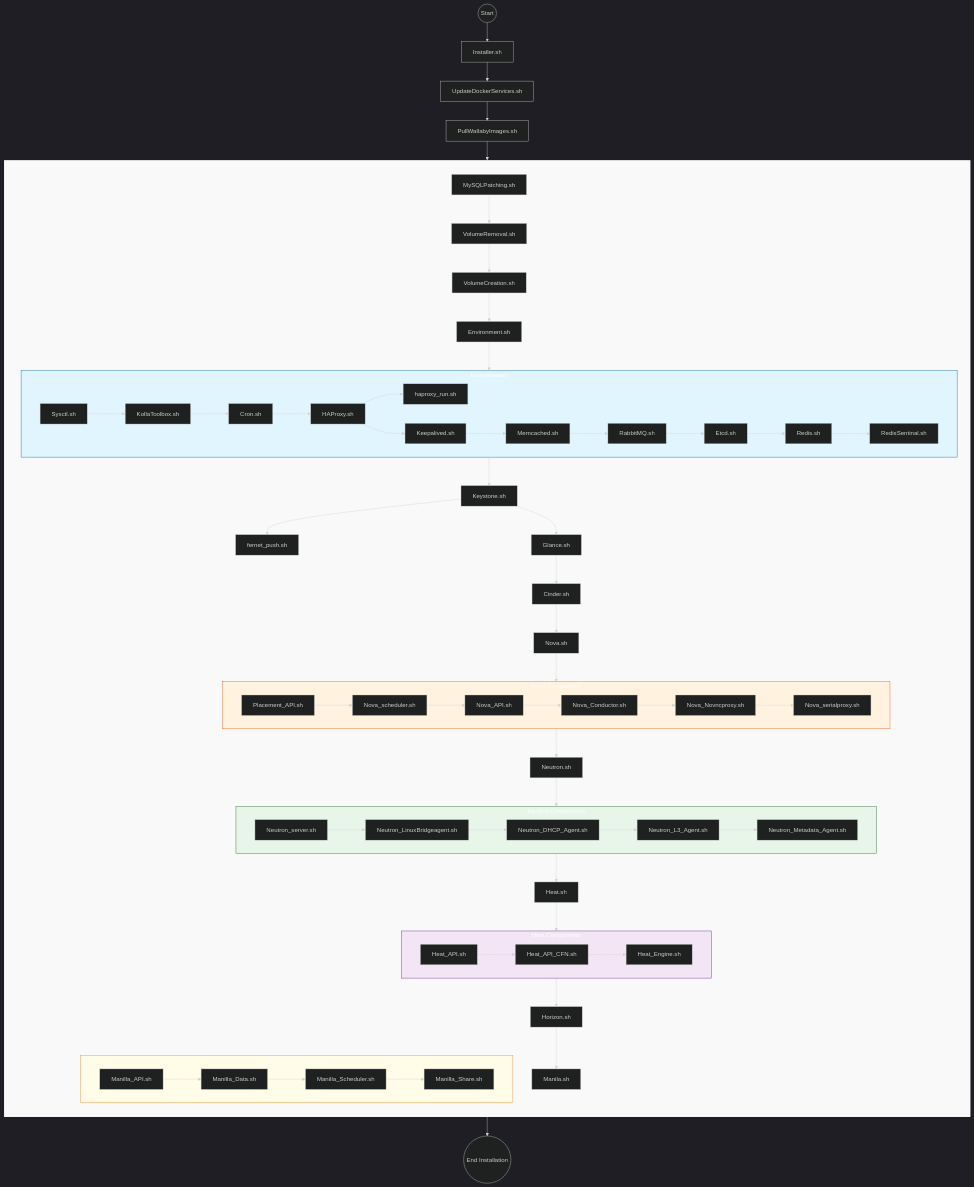
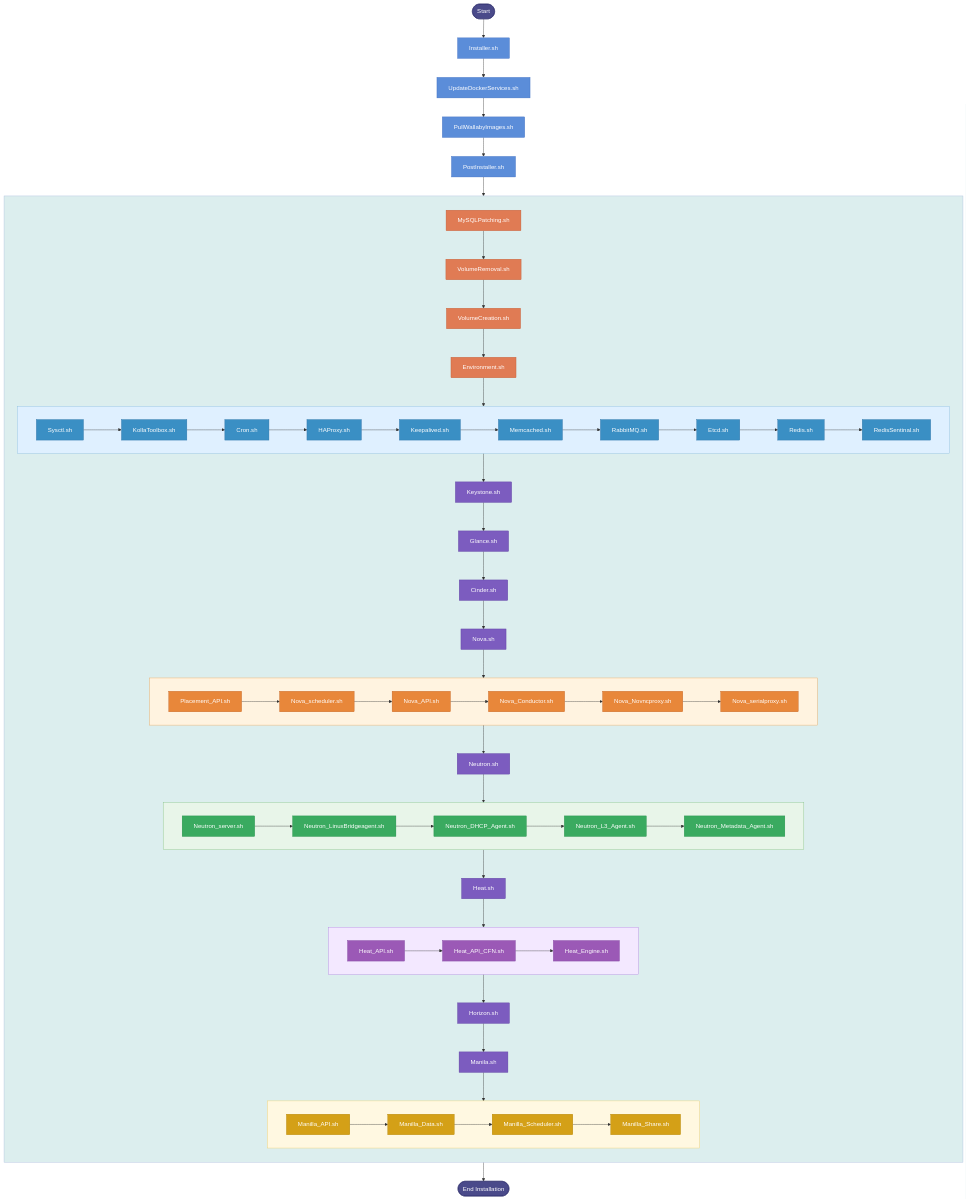
One commit to Alok-Kumar-Prajapati/Mermaid-Flowchart changed the diagram in flowchart.md. Above: the diagram before and after it, drawn with Mermaid.

Commit message:
Refactor flowchart to use TD layout and update styles

````diff
--- a/flowchart.md
+++ b/flowchart.md
@@ -1,118 +1,134 @@
 ```mermaid
----
-config:
-  theme: dark
-  layout: fixed
----
-flowchart TB
- subgraph Environment_Flow["Environments"]
-        E2["KollaToolbox.sh"]
-        E1["Sysctl.sh"]
-        E3["Cron.sh"]
-        E4["HAProxy.sh"]
-        E4_Sub["haproxy_run.sh"]
-        E5["Keepalived.sh"]
-        E6["Memcached.sh"]
-        E7["RabbitMQ.sh"]
-        E8["Etcd.sh"]
-        E9["Redis.sh"]
-        E10["RedisSentinal.sh"]
-  end
- subgraph Nova_Flow["Nova Components"]
-        N2["Nova_scheduler.sh"]
-        N1["Placement_API.sh"]
-        N3["Nova_API.sh"]
-        N4["Nova_Conductor.sh"]
-        N5["Nova_Novncproxy.sh"]
-        N6["Nova_serialproxy.sh"]
-  end
- subgraph Neutron_Flow["Neutron Components"]
-        NU2["Neutron_LinuxBridgeagent.sh"]
-        NU1["Neutron_server.sh"]
-        NU3["Neutron_DHCP_Agent.sh"]
-        NU4["Neutron_L3_Agent.sh"]
-        NU5["Neutron_Metadata_Agent.sh"]
-  end
- subgraph Heat_Flow["Heat Components"]
-        H2["Heat_API_CFN.sh"]
-        H1["Heat_API.sh"]
-        H3["Heat_Engine.sh"]
-  end
- subgraph Manila_Flow["Manila Components"]
-        M2["Manilla_Data.sh"]
-        M1["Manilla_API.sh"]
-        M3["Manilla_Scheduler.sh"]
-        M4["Manilla_Share.sh"]
-  end
- subgraph PostInstaller["<br>"]
-    direction TB
-        PI2["VolumeRemoval.sh"]
-        PI1["MySQLPatching.sh"]
-        PI3["VolumeCreation.sh"]
-        Env["Environment.sh"]
-        Environment_Flow
-        Key["Keystone.sh"]
-        Key_Sub["fernet_push.sh"]
-        Glance["Glance.sh"]
-        Cinder["Cinder.sh"]
-        Nova["Nova.sh"]
-        Nova_Flow
-        Neutron["Neutron.sh"]
-        Neutron_Flow
-        Heat["Heat.sh"]
-        Heat_Flow
-        Horizon["Horizon.sh"]
-        Manila["Manila.sh"]
-        Manila_Flow
-  end
-    Start(("Start")) --> Installer["Installer.sh"]
-    Installer --> UpdateDocker["UpdateDockerServices.sh"]
-    UpdateDocker --> PullImages["PullWallabyImages.sh"]
-    PullImages --> PostInstaller
-    PI1 --> PI2
-    PI2 --> PI3
-    PI3 --> Env
-    E1 --> E2
-    E2 --> E3
-    E3 --> E4
-    E4 --> E4_Sub & E5
-    E5 --> E6
-    E6 --> E7
-    E7 --> E8
-    E8 --> E9
-    E9 --> E10
-    Env --> Environment_Flow
-    Environment_Flow --> Key
-    Key --> Key_Sub & Glance
-    Glance --> Cinder
-    Cinder --> Nova
-    N1 --> N2
-    N2 --> N3
-    N3 --> N4
-    N4 --> N5
-    N5 --> N6
-    Nova --> Nova_Flow
-    Nova_Flow --> Neutron
-    NU1 --> NU2
-    NU2 --> NU3
-    NU3 --> NU4
-    NU4 --> NU5
-    Neutron --> Neutron_Flow
-    Neutron_Flow --> Heat
-    H1 --> H2
-    H2 --> H3
-    Heat --> Heat_Flow
-    Heat_Flow --> Horizon
-    Horizon --> Manila
-    M1 --> M2
-    M2 --> M3
-    M3 --> M4
-    Manila_Flow --> End(("End Installation"))
+flowchart TD
+    Start([Start]) --> Installer.sh
+    Installer.sh --> UpdateDockerServices.sh
+    UpdateDockerServices.sh --> PullWallabyImages.sh
+    PullWallabyImages.sh --> PostInstaller.sh
+    PostInstaller.sh --> MySQLPatching.sh
 
-    style Environment_Flow fill:#e1f5fe,stroke:#01579b
-    style Nova_Flow fill:#fff3e0,stroke:#e65100
-    style Neutron_Flow fill:#e8f5e9,stroke:#1b5e20
-    style Heat_Flow fill:#f3e5f5,stroke:#4a148c
-    style Manila_Flow fill:#fffde7,stroke:#f57f17
-    style PostInstaller fill:#f9f9f9,stroke:none,stroke-width:2px
+    subgraph post_group [ ]
+        direction TB
+        MySQLPatching.sh --> VolumeRemoval.sh
+        VolumeRemoval.sh --> VolumeCreation.sh
+        VolumeCreation.sh --> Environment.sh
+
+        Environment.sh --> infra_group
+
+        subgraph infra_group [ ]
+            direction LR
+            Sysctl.sh --> KollaToolbox.sh --> Cron.sh --> HAProxy.sh --> Keepalived.sh --> Memcached.sh --> RabbitMQ.sh --> Etcd.sh --> Redis.sh --> RedisSentinal.sh
+        end
+
+        infra_group --> Keystone.sh
+        Keystone.sh --> Glance.sh
+        Glance.sh --> Cinder.sh
+        Cinder.sh --> Nova.sh
+
+        Nova.sh --> nova_group
+
+        subgraph nova_group [ ]
+            direction LR
+            Placement_API.sh --> Nova_scheduler.sh --> Nova_API.sh --> Nova_Conductor.sh --> Nova_Novncproxy.sh --> Nova_serialproxy.sh
+        end
+
+        nova_group --> Neutron.sh
+
+        Neutron.sh --> neutron_group
+
+        subgraph neutron_group [ ]
+            direction LR
+            Neutron_server.sh --> Neutron_LinuxBridgeagent.sh --> Neutron_DHCP_Agent.sh --> Neutron_L3_Agent.sh --> Neutron_Metadata_Agent.sh
+        end
+
+        neutron_group --> Heat.sh
+
+        Heat.sh --> heat_group
+
+        subgraph heat_group [ ]
+            direction LR
+            Heat_API.sh --> Heat_API_CFN.sh --> Heat_Engine.sh
+        end
+
+        heat_group --> Horizon.sh
+        Horizon.sh --> Manila.sh
+
+        Manila.sh --> manila_group
+
+        subgraph manila_group [ ]
+            direction LR
+            Manilla_API.sh --> Manilla_Data.sh --> Manilla_Scheduler.sh --> Manilla_Share.sh
+        end
+    end
+
+    post_group --> EndInstallation([End Installation])
+
+    %% Outer flow nodes
+    style Start fill:#4a4a8a,stroke:#2d2d6b,color:#ffffff
+    style EndInstallation fill:#4a4a8a,stroke:#2d2d6b,color:#ffffff
+    style Installer.sh fill:#5b8dd9,stroke:#3a6abf,color:#ffffff
+    style UpdateDockerServices.sh fill:#5b8dd9,stroke:#3a6abf,color:#ffffff
+    style PullWallabyImages.sh fill:#5b8dd9,stroke:#3a6abf,color:#ffffff
+    style PostInstaller.sh fill:#5b8dd9,stroke:#3a6abf,color:#ffffff
+
+    %% PostInstaller box
+    style post_group fill:#dceeee,stroke:#aabbdd,color:#000000
+
+    %% Initial
+    style MySQLPatching.sh fill:#e07b54,stroke:#c05a33,color:#ffffff
+    style VolumeRemoval.sh fill:#e07b54,stroke:#c05a33,color:#ffffff
+    style VolumeCreation.sh fill:#e07b54,stroke:#c05a33,color:#ffffff
+    style Environment.sh fill:#e07b54,stroke:#c05a33,color:#ffffff
+
+    %% Environments Grp
+    style infra_group fill:#dff0ff,stroke:#88bbdd,color:#000000
+    style Sysctl.sh fill:#3a8fc4,stroke:#2a6fa4,color:#ffffff
+    style KollaToolbox.sh fill:#3a8fc4,stroke:#2a6fa4,color:#ffffff
+    style Cron.sh fill:#3a8fc4,stroke:#2a6fa4,color:#ffffff
+    style HAProxy.sh fill:#3a8fc4,stroke:#2a6fa4,color:#ffffff
+    style Keepalived.sh fill:#3a8fc4,stroke:#2a6fa4,color:#ffffff
+    style Memcached.sh fill:#3a8fc4,stroke:#2a6fa4,color:#ffffff
+    style RabbitMQ.sh fill:#3a8fc4,stroke:#2a6fa4,color:#ffffff
+    style Etcd.sh fill:#3a8fc4,stroke:#2a6fa4,color:#ffffff
+    style Redis.sh fill:#3a8fc4,stroke:#2a6fa4,color:#ffffff
+    style RedisSentinal.sh fill:#3a8fc4,stroke:#2a6fa4,color:#ffffff
+
+    %% Keystone, Glance, Cinder, Nova, Neutron, Heat, Horizon, Manila main nodes
+    style Keystone.sh fill:#7c5cbf,stroke:#5a3a9f,color:#ffffff
+    style Glance.sh fill:#7c5cbf,stroke:#5a3a9f,color:#ffffff
+    style Cinder.sh fill:#7c5cbf,stroke:#5a3a9f,color:#ffffff
+    style Nova.sh fill:#7c5cbf,stroke:#5a3a9f,color:#ffffff
+    style Neutron.sh fill:#7c5cbf,stroke:#5a3a9f,color:#ffffff
+    style Heat.sh fill:#7c5cbf,stroke:#5a3a9f,color:#ffffff
+    style Horizon.sh fill:#7c5cbf,stroke:#5a3a9f,color:#ffffff
+    style Manila.sh fill:#7c5cbf,stroke:#5a3a9f,color:#ffffff
+
+    %% Nova group
+    style nova_group fill:#fff3e0,stroke:#f0a050,color:#000000
+    style Placement_API.sh fill:#e8873a,stroke:#c06020,color:#ffffff
+    style Nova_scheduler.sh fill:#e8873a,stroke:#c06020,color:#ffffff
+    style Nova_API.sh fill:#e8873a,stroke:#c06020,color:#ffffff
+    style Nova_Conductor.sh fill:#e8873a,stroke:#c06020,color:#ffffff
+    style Nova_Novncproxy.sh fill:#e8873a,stroke:#c06020,color:#ffffff
+    style Nova_serialproxy.sh fill:#e8873a,stroke:#c06020,color:#ffffff
+
+    %% Neutron group
+    style neutron_group fill:#e8f5e9,stroke:#80c080,color:#000000
+    style Neutron_server.sh fill:#3aaa60,stroke:#1a8a40,color:#ffffff
+    style Neutron_LinuxBridgeagent.sh fill:#3aaa60,stroke:#1a8a40,color:#ffffff
+    style Neutron_DHCP_Agent.sh fill:#3aaa60,stroke:#1a8a40,color:#ffffff
+    style Neutron_L3_Agent.sh fill:#3aaa60,stroke:#1a8a40,color:#ffffff
+    style Neutron_Metadata_Agent.sh fill:#3aaa60,stroke:#1a8a40,color:#ffffff
+
+    %% Heat group
+    style heat_group fill:#f3e8ff,stroke:#b080e0,color:#000000
+    style Heat_API.sh fill:#9b59b6,stroke:#7a3a9a,color:#ffffff
+    style Heat_API_CFN.sh fill:#9b59b6,stroke:#7a3a9a,color:#ffffff
+    style Heat_Engine.sh fill:#9b59b6,stroke:#7a3a9a,color:#ffffff
+
+    %% Manila group
+    style manila_group fill:#fff8e1,stroke:#f0cc60,color:#000000
+    style Manilla_API.sh fill:#d4a017,stroke:#b08000,color:#ffffff
+    style Manilla_Data.sh fill:#d4a017,stroke:#b08000,color:#ffffff
+    style Manilla_Scheduler.sh fill:#d4a017,stroke:#b08000,color:#ffffff
+    style Manilla_Share.sh fill:#d4a017,stroke:#b08000,color:#ffffff
 ```
````
